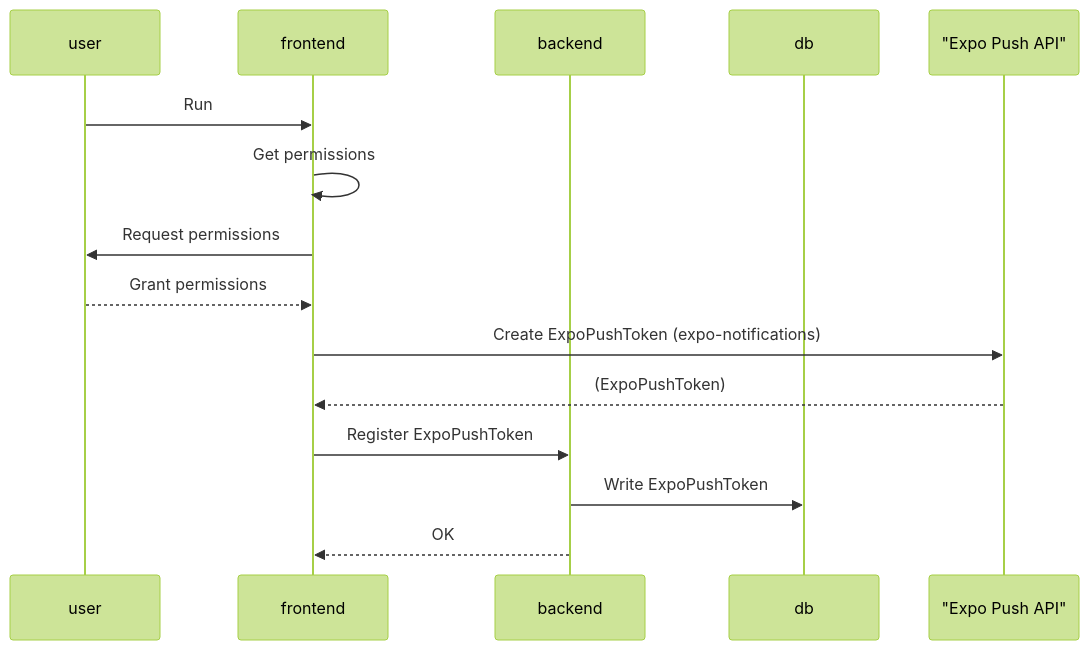
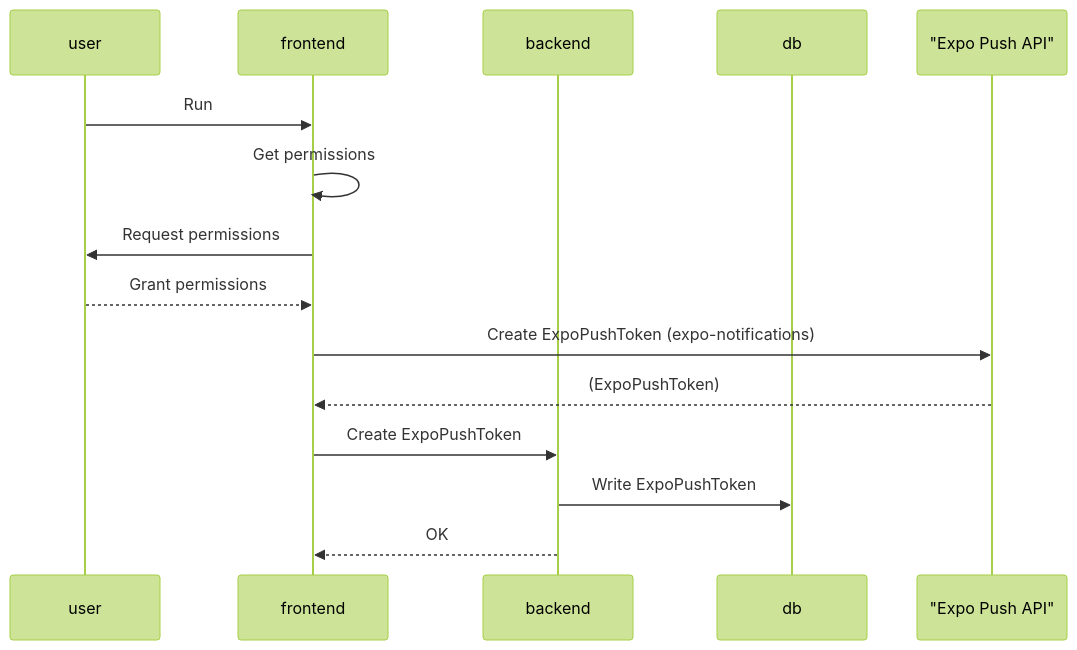
Before and after one commit to bouzuya/bbna: the third of 6 diagrams in README.md, drawn with Mermaid (forest theme). The commit also changed other lines of this file and 1 other file, not shown here.

````diff
--- a/README.md
+++ b/README.md
@@ -63,18 +63,18 @@
 ```mermaid
 sequenceDiagram
   participant user
   participant frontend
   participant backend
   participant db
   participant expo as "Expo Push API"
 
   user ->> frontend : Run
   frontend ->> frontend : Get permissions
   frontend ->> user : Request permissions
   user -->> frontend : Grant permissions
   frontend ->> expo : Create ExpoPushToken (expo-notifications)
   expo -->> frontend : (ExpoPushToken)
-  frontend ->> backend : Register ExpoPushToken
+  frontend ->> backend : Create ExpoPushToken
   backend ->> db : Write ExpoPushToken
   backend -->> frontend : OK
 ```
````
